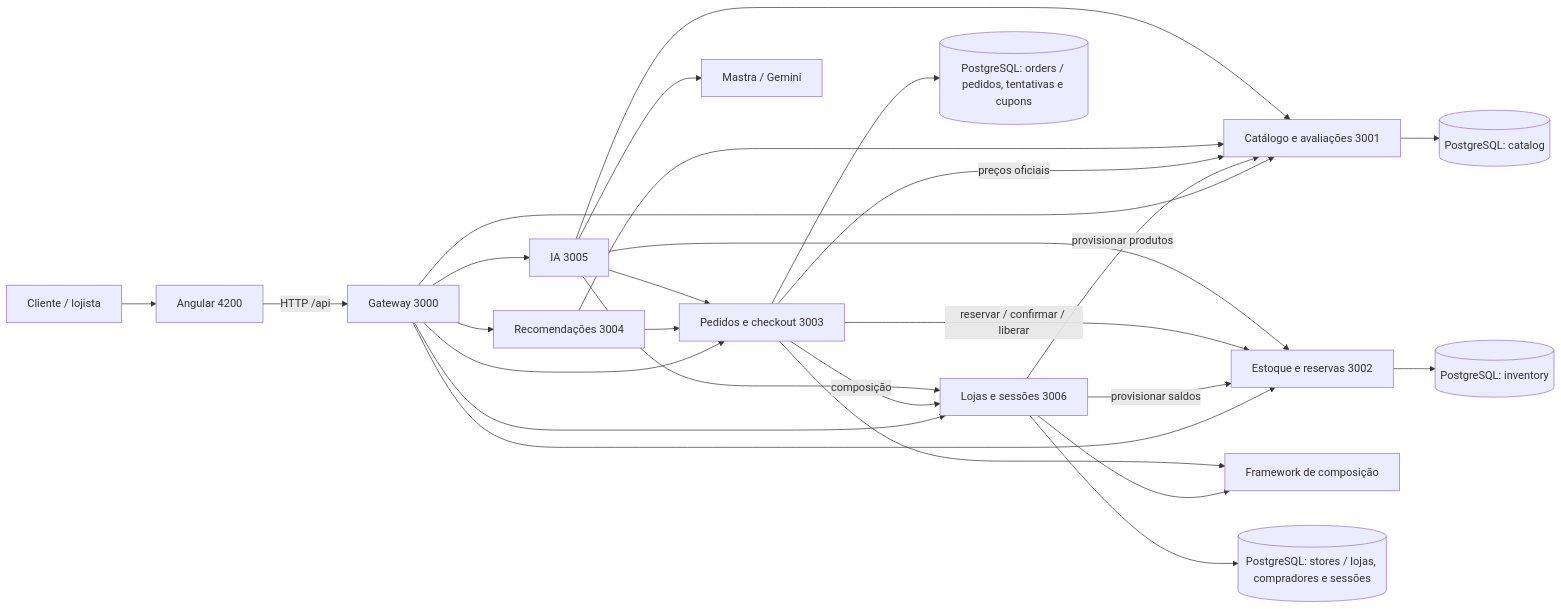
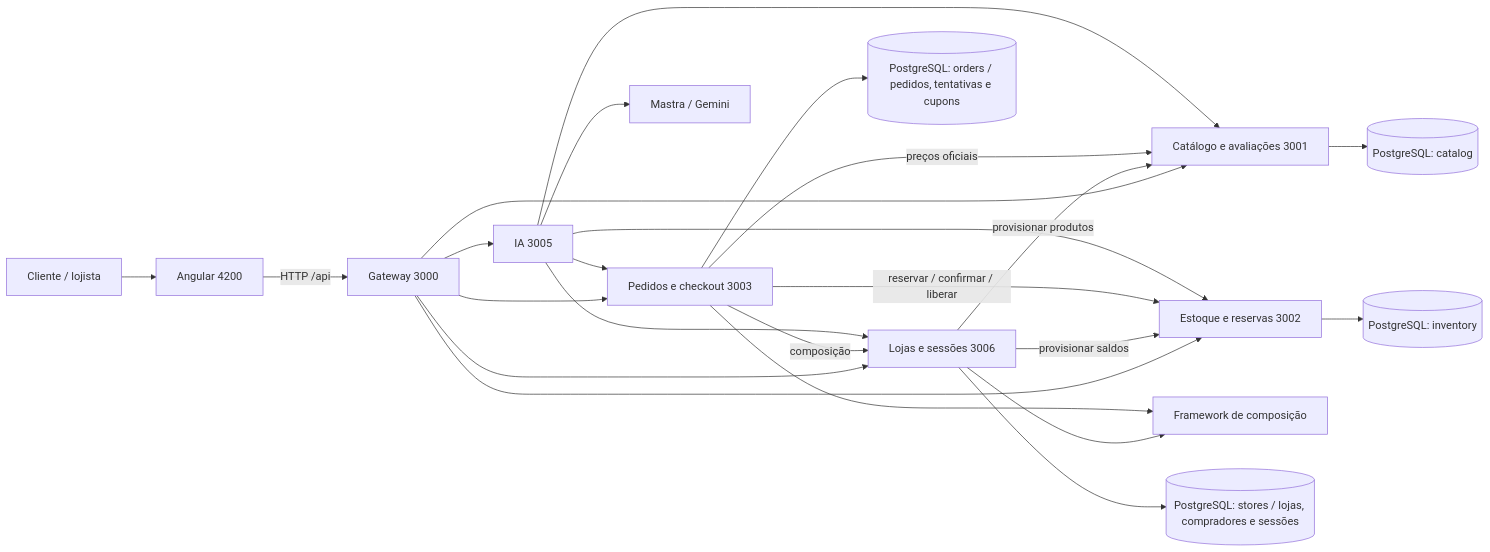
Before and after one commit to CaioMascarenhas/gerar-commerce: the first of 4 diagrams in docs/arquitetura.md, drawn with Mermaid. The commit also changed other lines of this file and 13 other files, not shown here.

````diff
--- a/docs/arquitetura.md
+++ b/docs/arquitetura.md
@@ -11,29 +11,26 @@
 ```mermaid
 flowchart LR
   U[Cliente / lojista] --> A[Angular 4200]
   A -->|HTTP /api| G[Gateway 3000]
   G --> S[Lojas e sessões 3006]
   G --> C[Catálogo e avaliações 3001]
   G --> I[Estoque e reservas 3002]
   G --> O[Pedidos e checkout 3003]
-  G --> R[Recomendações 3004]
   G --> AI[IA 3005]
   S --> F[Framework de composição]
   S -->|provisionar produtos| C
   S -->|provisionar saldos| I
   O -->|preços oficiais| C
   O -->|composição| S
   O -->|reservar / confirmar / liberar| I
   O --> F
-  R --> C
-  R --> O
   AI --> I
   AI --> O
   AI --> C
   AI --> S
   AI --> GEM[Mastra / Gemini]
   S --> SD[(PostgreSQL: stores / lojas, compradores e sessões)]
   C --> CD[(PostgreSQL: catalog)]
   I --> ID[(PostgreSQL: inventory)]
   O --> OD[(PostgreSQL: orders / pedidos, tentativas e cupons)]
 ```
````
